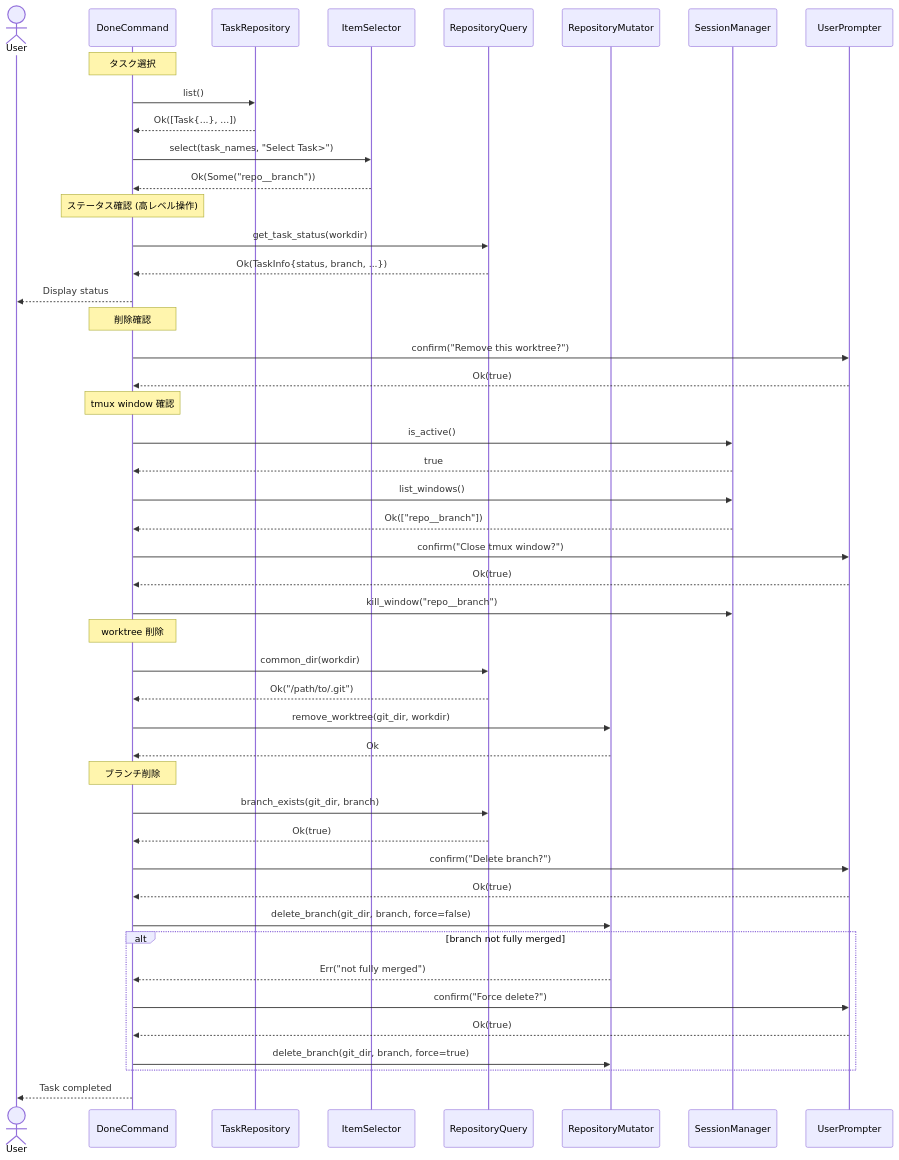
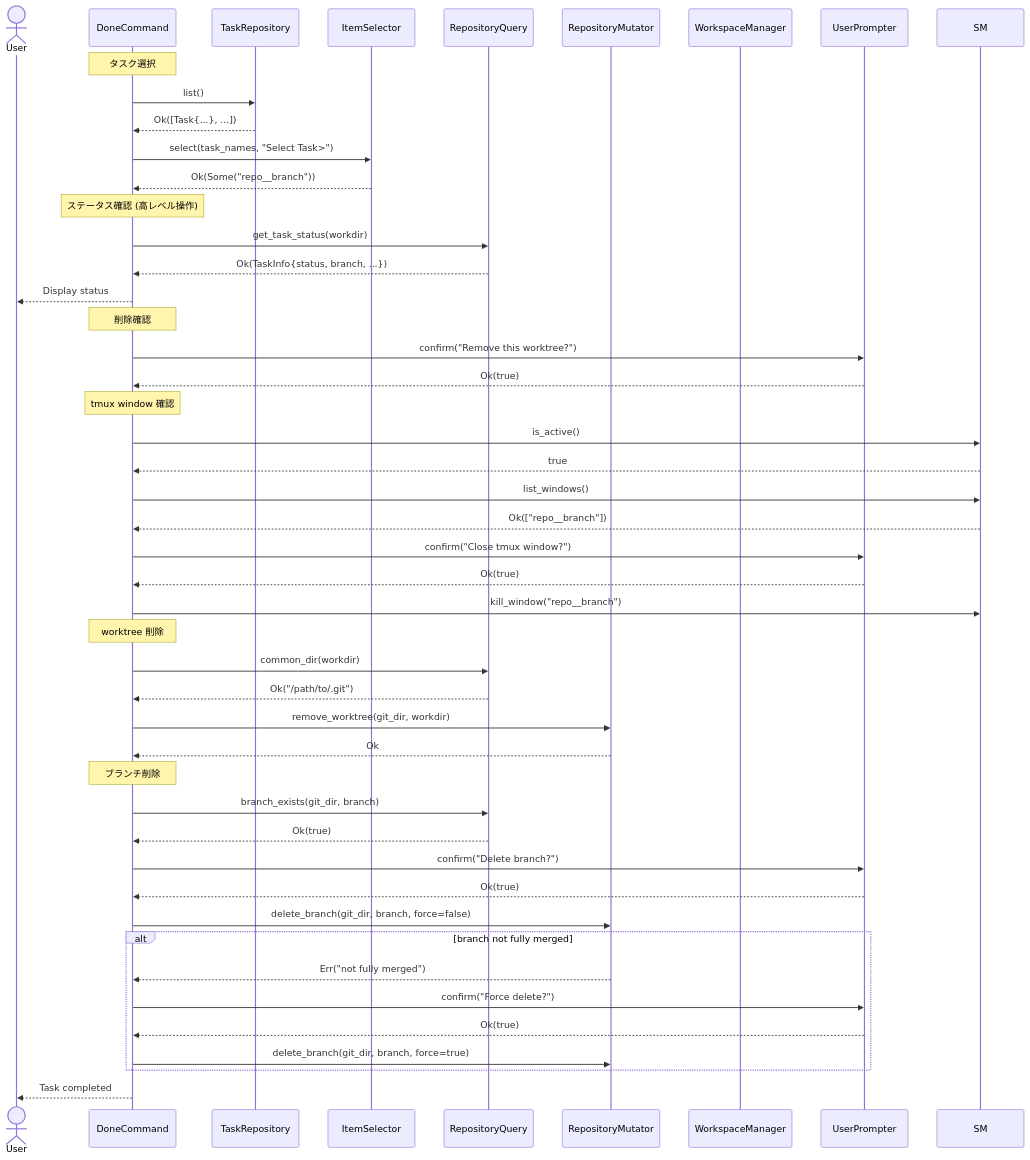
The seventh of 7 diagrams in src/commands/architecture.md (foresta/ctt), drawn with Mermaid before and after one commit. The commit also changed other lines of this file and 30 other files, not shown here.

````diff
--- a/src/commands/architecture.md
+++ b/src/commands/architecture.md
@@ -258,55 +251,55 @@
 ```mermaid
 sequenceDiagram
     actor User
     participant Done as DoneCommand
     participant TR as TaskRepository
     participant Sel as ItemSelector
     participant RQ as RepositoryQuery
     participant RM as RepositoryMutator
-    participant SM as SessionManager
+    participant WS as WorkspaceManager
     participant UP as UserPrompter
 
     Note over Done: タスク選択
     Done->>TR: list()
     TR-->>Done: Ok([Task{...}, ...])
     Done->>Sel: select(task_names, "Select Task>")
     Sel-->>Done: Ok(Some("repo__branch"))
 
     Note over Done: ステータス確認 (高レベル操作)
     Done->>RQ: get_task_status(workdir)
     RQ-->>Done: Ok(TaskInfo{status, branch, ...})
     Done-->>User: Display status
 
     Note over Done: 削除確認
     Done->>UP: confirm("Remove this worktree?")
     UP-->>Done: Ok(true)
 
     Note over Done: tmux window 確認
     Done->>SM: is_active()
     SM-->>Done: true
     Done->>SM: list_windows()
     SM-->>Done: Ok(["repo__branch"])
     Done->>UP: confirm("Close tmux window?")
     UP-->>Done: Ok(true)
     Done->>SM: kill_window("repo__branch")
 
     Note over Done: worktree 削除
     Done->>RQ: common_dir(workdir)
     RQ-->>Done: Ok("/path/to/.git")
     Done->>RM: remove_worktree(git_dir, workdir)
     RM-->>Done: Ok
 
     Note over Done: ブランチ削除
     Done->>RQ: branch_exists(git_dir, branch)
     RQ-->>Done: Ok(true)
     Done->>UP: confirm("Delete branch?")
     UP-->>Done: Ok(true)
     Done->>RM: delete_branch(git_dir, branch, force=false)
     alt branch not fully merged
         RM-->>Done: Err("not fully merged")
         Done->>UP: confirm("Force delete?")
         UP-->>Done: Ok(true)
         Done->>RM: delete_branch(git_dir, branch, force=true)
     end
     Done-->>User: Task completed
 ```
````
